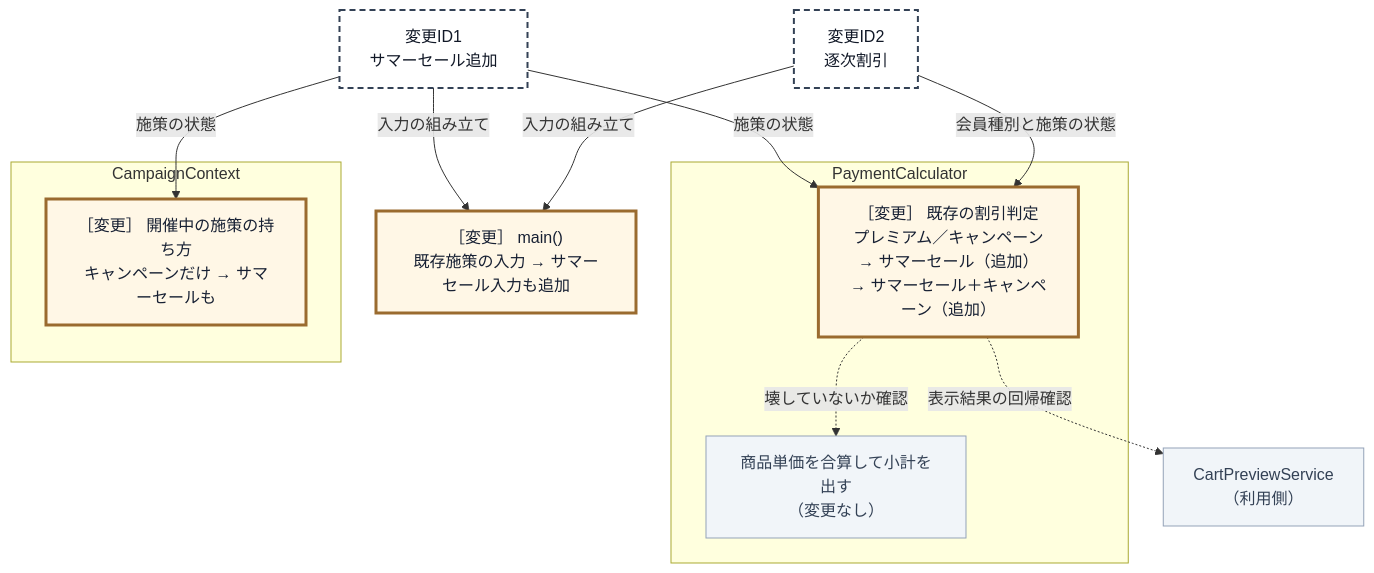
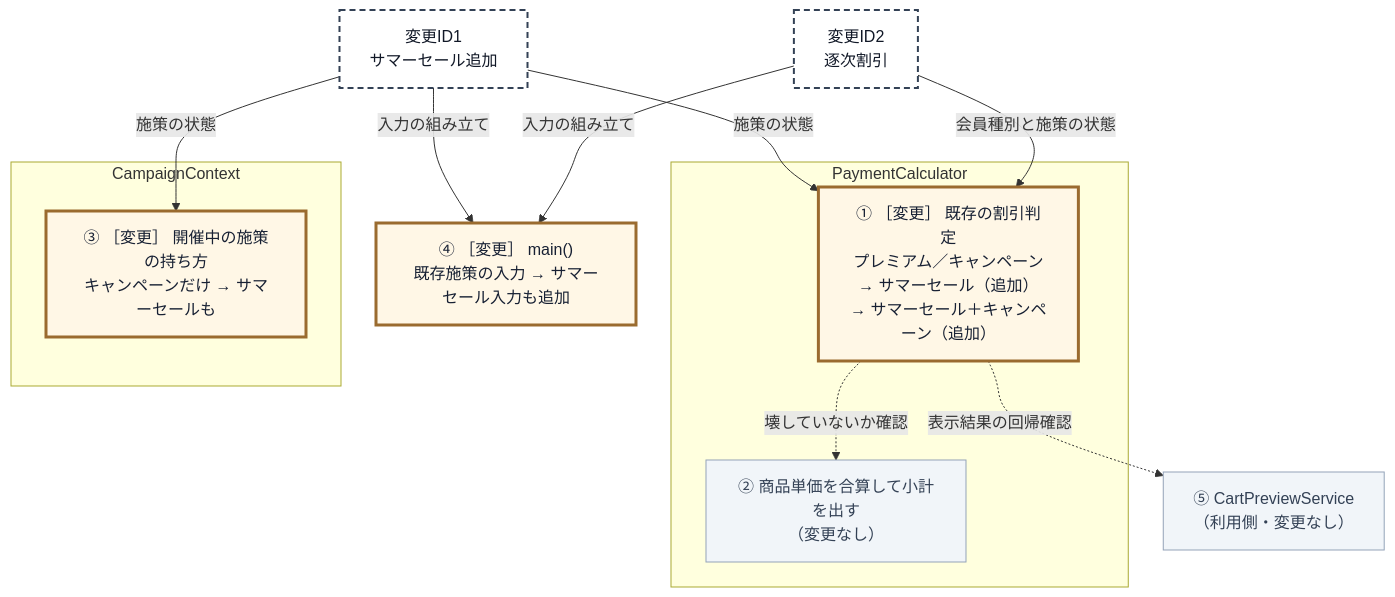
The seventh of 19 diagrams in kindle/design-patterns/books/volume01-core-patterns/output/03-chapter01.md (kumachan1101-pixel/DesignPattern), drawn with Mermaid before and after one commit. The commit also changed other lines of this file and 19 other files, not shown here.

````diff
--- a/kindle/design-patterns/books/volume01-core-patterns/output/03-chapter01.md
+++ b/kindle/design-patterns/books/volume01-core-patterns/output/03-chapter01.md
@@ -1158,29 +1169,29 @@
 ```mermaid
 graph TD
     T1["変更ID1<br>サマーセール追加"]:::req
     T2["変更ID2<br>逐次割引"]:::req
 
     subgraph PC["PaymentCalculator"]
-        P2["［変更］ 既存の割引判定<br>プレミアム／キャンペーン<br>→ サマーセール（追加）<br>→ サマーセール＋キャンペーン（追加）"]:::touched
-        P1["商品単価を合算して小計を出す<br>（変更なし）"]:::keep
+        P2["① ［変更］ 既存の割引判定<br>プレミアム／キャンペーン<br>→ サマーセール（追加）<br>→ サマーセール＋キャンペーン（追加）"]:::touched
+        P1["② 商品単価を合算して小計を出す<br>（変更なし）"]:::keep
     end
 
     subgraph CC["CampaignContext"]
-        C1["［変更］ 開催中の施策の持ち方<br>キャンペーンだけ → サマーセールも"]:::touched
+        C1["③ ［変更］ 開催中の施策の持ち方<br>キャンペーンだけ → サマーセールも"]:::touched
     end
 
-    M["［変更］ main()<br>既存施策の入力 → サマーセール入力も追加"]:::touched
-    V["CartPreviewService<br>（利用側）"]:::keep
+    M["④ ［変更］ main()<br>既存施策の入力 → サマーセール入力も追加"]:::touched
+    V["⑤ CartPreviewService<br>（利用側・変更なし）"]:::keep
 
     T1 -->|"施策の状態"| P2
     T1 -->|"施策の状態"| C1
     T1 -->|"入力の組み立て"| M
     T2 -->|"会員種別と施策の状態"| P2
     T2 -->|"入力の組み立て"| M
     P2 -.->|"壊していないか確認"| P1
     P2 -.->|"表示結果の回帰確認"| V
 
     classDef req fill:#ffffff,stroke:#334155,stroke-width:2px,stroke-dasharray:6 4,color:#111827;
     classDef keep fill:#f1f5f9,stroke:#94a3b8,color:#334155;
     classDef touched fill:#fff7e6,stroke:#9a6b2f,stroke-width:3px,color:#172033;
 ```
````
